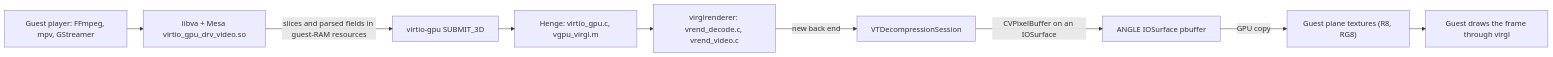
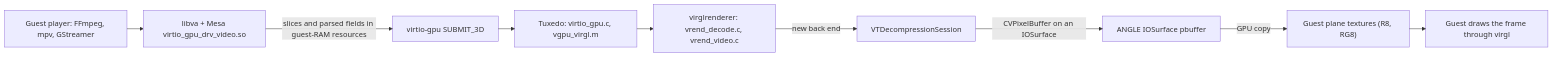
Before and after one commit to Senyeah/Tuxedo: the diagram in docs/guest-video-decode-research.md, drawn with Mermaid. The commit also changed other lines of this file and 232 other files, not shown here.

````diff
--- a/docs/guest-video-decode-research.md
+++ b/docs/guest-video-decode-research.md
@@ -69,15 +69,15 @@
 ```mermaid
 ---
 config:
   layout: elk
 ---
 flowchart LR
   app["Guest player: FFmpeg, mpv, GStreamer"] --> va["libva + Mesa virtio_gpu_drv_video.so"]
   va -->|"slices and parsed fields in guest-RAM resources"| sub["virtio-gpu SUBMIT_3D"]
-  sub --> hv["Henge: virtio_gpu.c, vgpu_virgl.m"]
+  sub --> hv["Tuxedo: virtio_gpu.c, vgpu_virgl.m"]
   hv --> vr["virglrenderer: vrend_decode.c, vrend_video.c"]
   vr -->|"new back end"| vt["VTDecompressionSession"]
   vt -->|"CVPixelBuffer on an IOSurface"| ang["ANGLE IOSurface pbuffer"]
   ang -->|"GPU copy"| tex["Guest plane textures (R8, RG8)"]
   tex --> draw["Guest draws the frame through virgl"]
 ```
````
